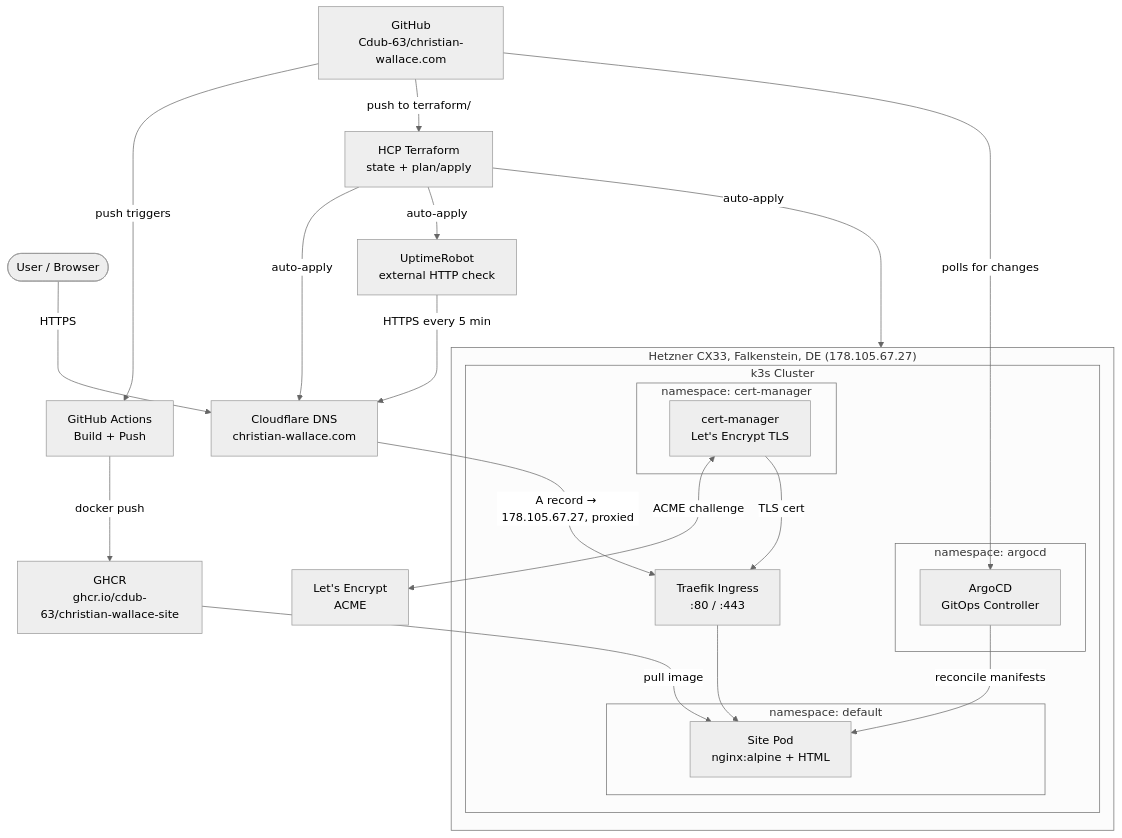
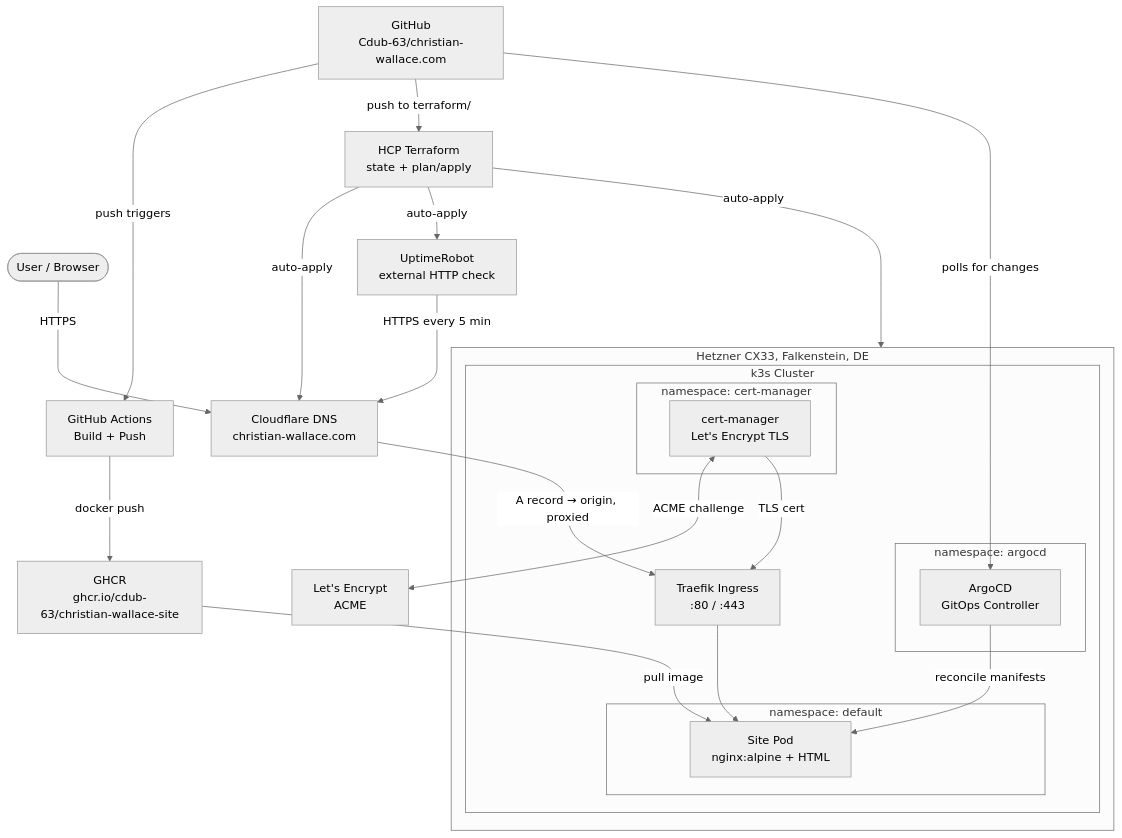
Before and after one commit to Cdub-63/christian-wallace.com: the diagram in README.md, drawn with Mermaid (neutral theme). The commit also changed 2 other files, not shown here.

Commit message:
Close SSH and k8s API to the internet; allow web only from Cloudflare
SSH and kubectl now go over Tailscale (k3s.tailba717.ts.net), so 22 and
6443 are dropped. 80/443 accept only Cloudflare's published ranges so the
origin can't be hit directly, and UDP 41641 stays open so Tailscale peers
connect directly rather than via DERP. Origin IP removed from the README.

````diff
--- a/README.md
+++ b/README.md
@@ -10,46 +10,46 @@
 ```mermaid
 graph TB
     User([User / Browser])
     CF[Cloudflare DNS<br/>christian-wallace.com]
     GH[GitHub<br/>Cdub-63/christian-wallace.com]
     Actions[GitHub Actions<br/>Build + Push]
     GHCR[GHCR<br/>ghcr.io/cdub-63/christian-wallace-site]
     HCP[HCP Terraform<br/>state + plan/apply]
     UR[UptimeRobot<br/>external HTTP check]
 
-    subgraph Hetzner ["Hetzner CX33, Falkenstein, DE (178.105.67.27)"]
+    subgraph Hetzner ["Hetzner CX33, Falkenstein, DE"]
         subgraph k3s ["k3s Cluster"]
             Traefik[Traefik Ingress<br/>:80 / :443]
 
             subgraph argocd-ns ["namespace: argocd"]
                 ArgoCD[ArgoCD<br/>GitOps Controller]
             end
 
             subgraph cert-ns ["namespace: cert-manager"]
                 CertManager[cert-manager<br/>Let's Encrypt TLS]
             end
 
             subgraph site-ns ["namespace: default"]
                 Site[Site Pod<br/>nginx:alpine + HTML]
             end
         end
     end
 
     LE[Let's Encrypt<br/>ACME]
 
     User -->|HTTPS| CF
-    CF -->|A record → 178.105.67.27, proxied| Traefik
+    CF -->|A record → origin, proxied| Traefik
     Traefik --> Site
     GH -->|push triggers| Actions
     GH -->|push to terraform/| HCP
     HCP -->|auto-apply| Hetzner
     HCP -->|auto-apply| CF
     HCP -->|auto-apply| UR
     UR -->|HTTPS every 5 min| CF
     Actions -->|docker push| GHCR
     GH -->|polls for changes| ArgoCD
     ArgoCD -->|reconcile manifests| Site
     GHCR -->|pull image| Site
     CertManager <-->|ACME challenge| LE
     CertManager -->|TLS cert| Traefik
 ```
````
